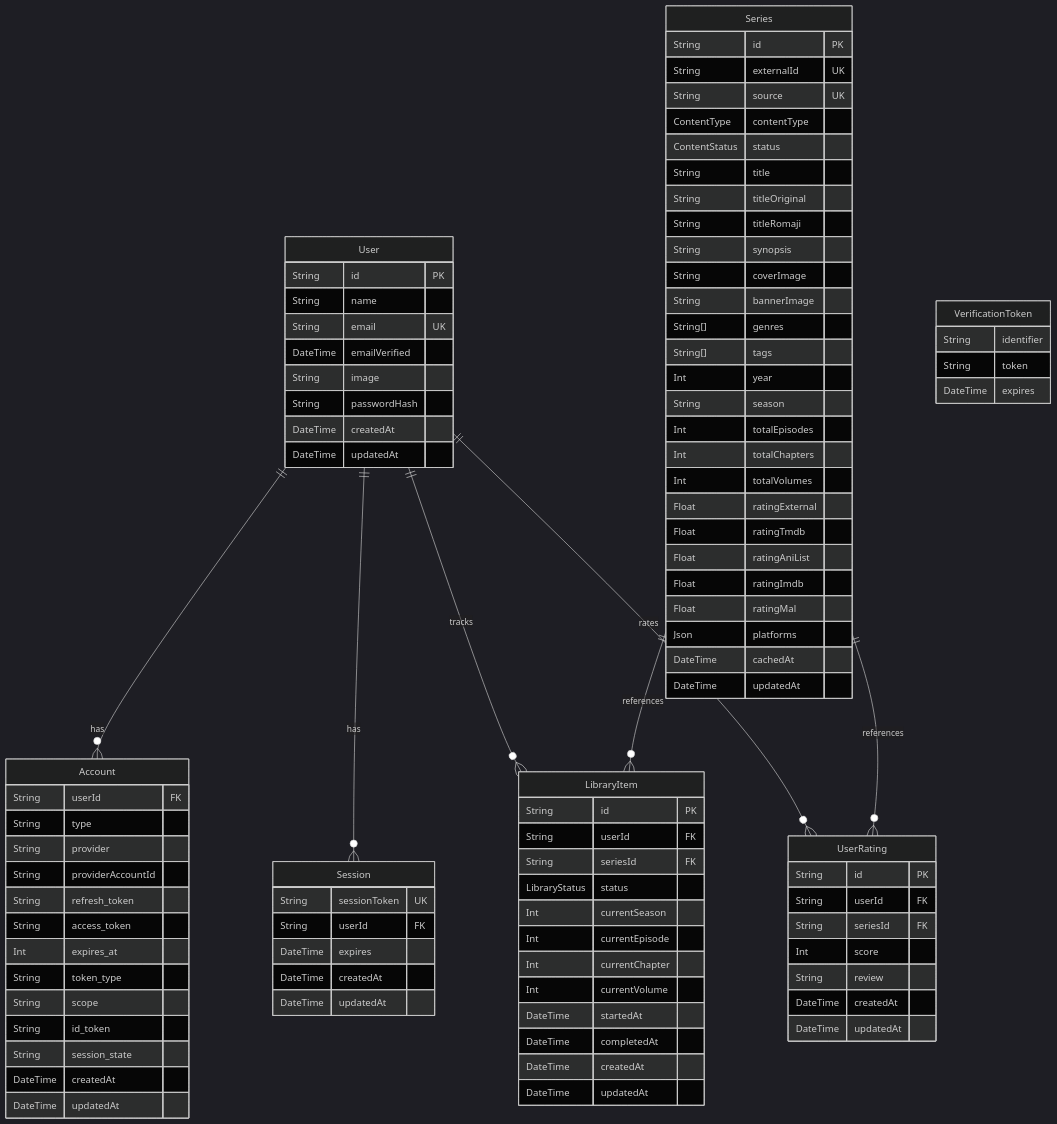
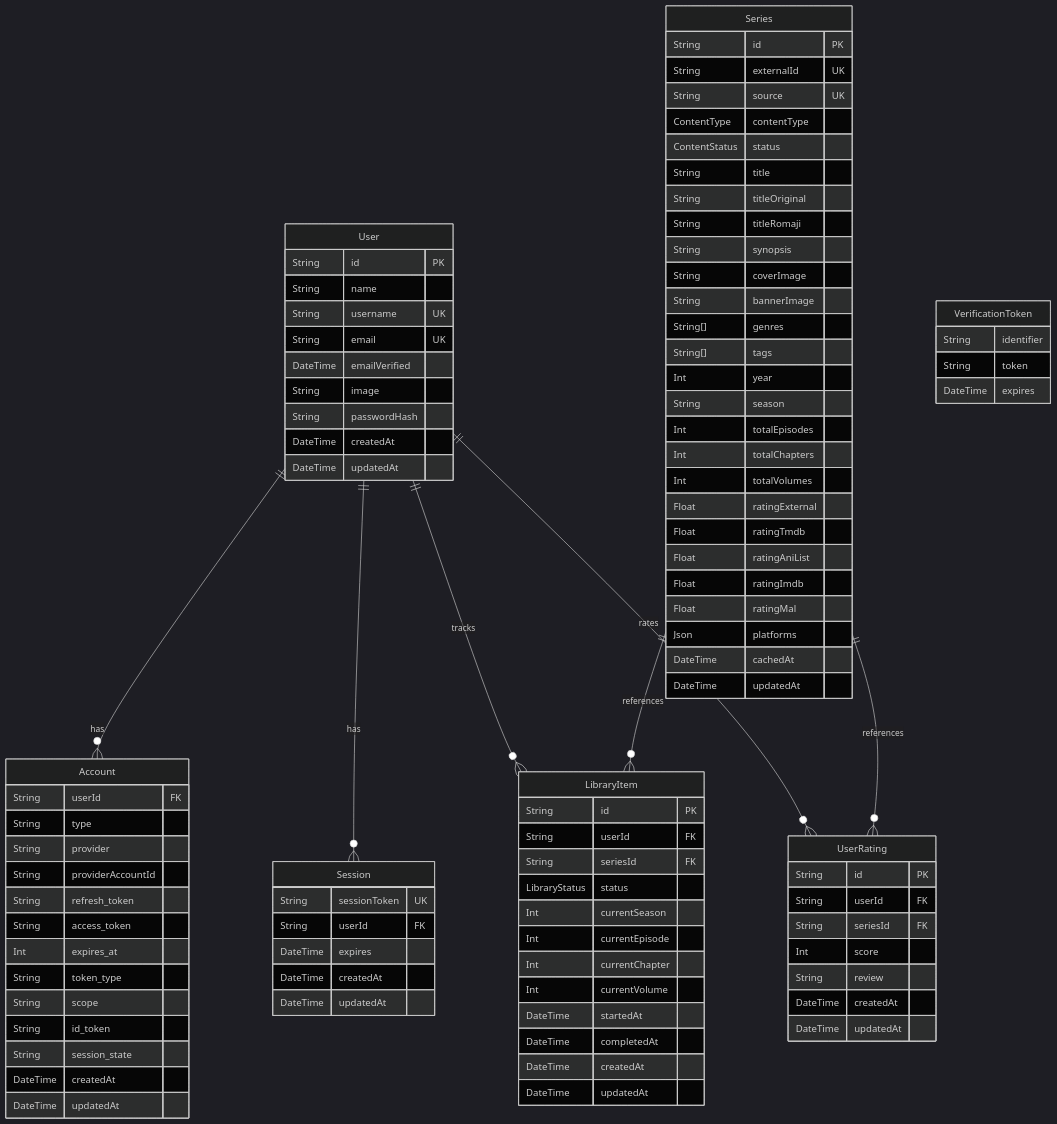
The diagram in docs/database-schema.md (Efecancngz/nextrack), drawn with Mermaid (dark theme) before and after one commit. The commit also changed other lines of this file and 8 other files, not shown here.

Commit message:
feat: implement custom username flow for registration and google oauth

```diff
--- a/docs/database-schema.md
+++ b/docs/database-schema.md
@@ -23,6 +23,7 @@
     User {
         String id PK
         String name
+        String username UK
         String email UK
         DateTime emailVerified
         String image
```
